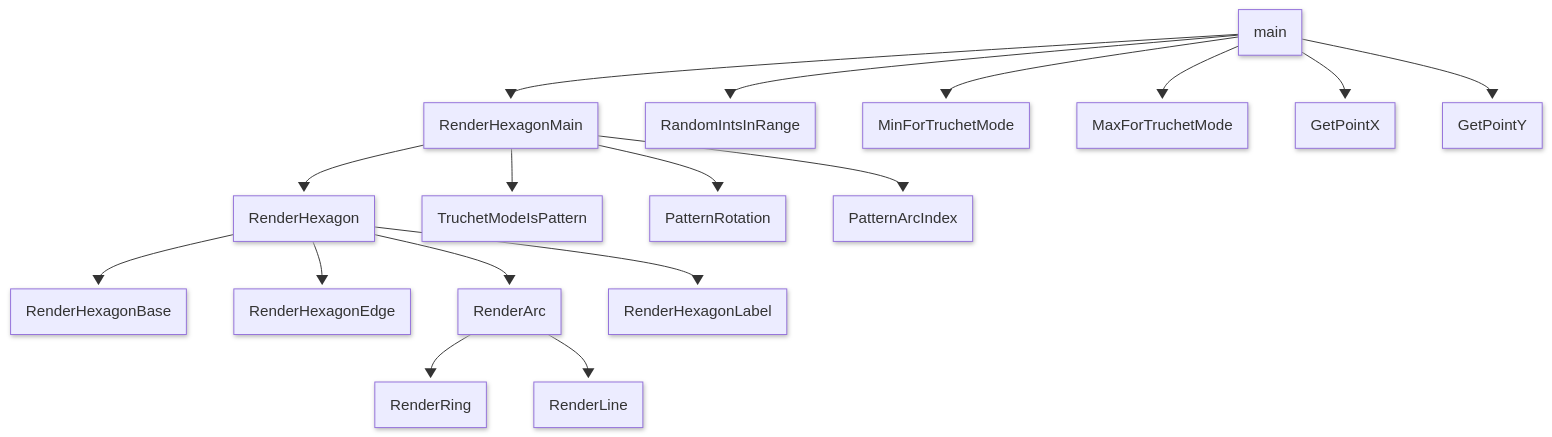
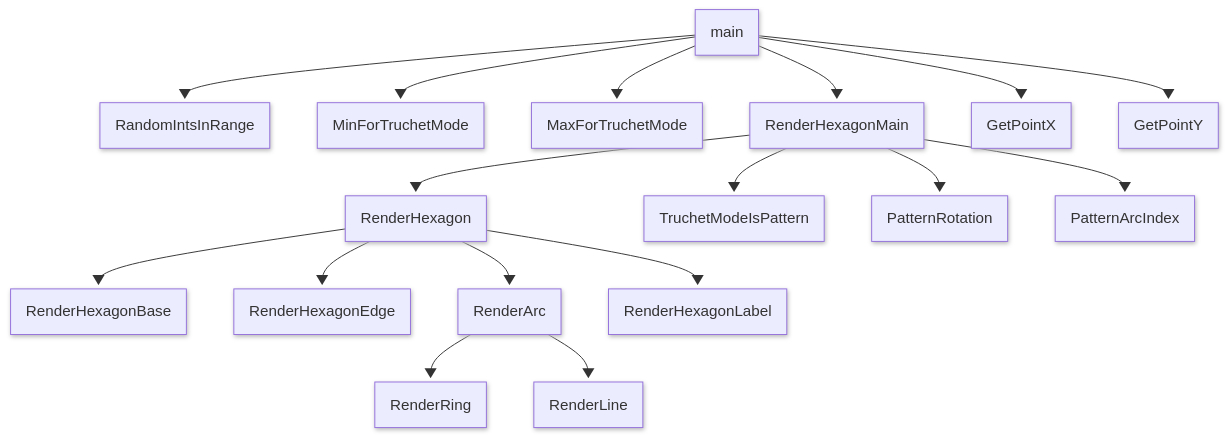
One commit to jeffbarr/TruchetTilings changed the diagram in hexagons_truchet_flow.mermaid. Above: the diagram before and after it, drawn with Mermaid. The commit also changed other lines of this file, not shown here.

Commit message:
Change order so diagram looks more balanced

```diff
--- a/hexagons_truchet_flow.mermaid
+++ b/hexagons_truchet_flow.mermaid
@@ -1,26 +1,26 @@
 ---
 config:
   theme: mc
   look: neo
 ---
 flowchart TD
     main
-    main --> RenderHexagonMain
     main --> RandomIntsInRange
     main --> MinForTruchetMode
     main --> MaxForTruchetMode
+    main --> RenderHexagonMain
     main --> GetPointX
     main --> GetPointY
 
     RenderHexagonMain --> RenderHexagon
     RenderHexagonMain --> TruchetModeIsPattern
     RenderHexagonMain --> PatternRotation
     RenderHexagonMain --> PatternArcIndex
 
     RenderHexagon --> RenderHexagonBase
     RenderHexagon --> RenderHexagonEdge
     RenderHexagon --> RenderArc
     RenderHexagon --> RenderHexagonLabel
 
     RenderArc --> RenderRing
     RenderArc --> RenderLine
```
